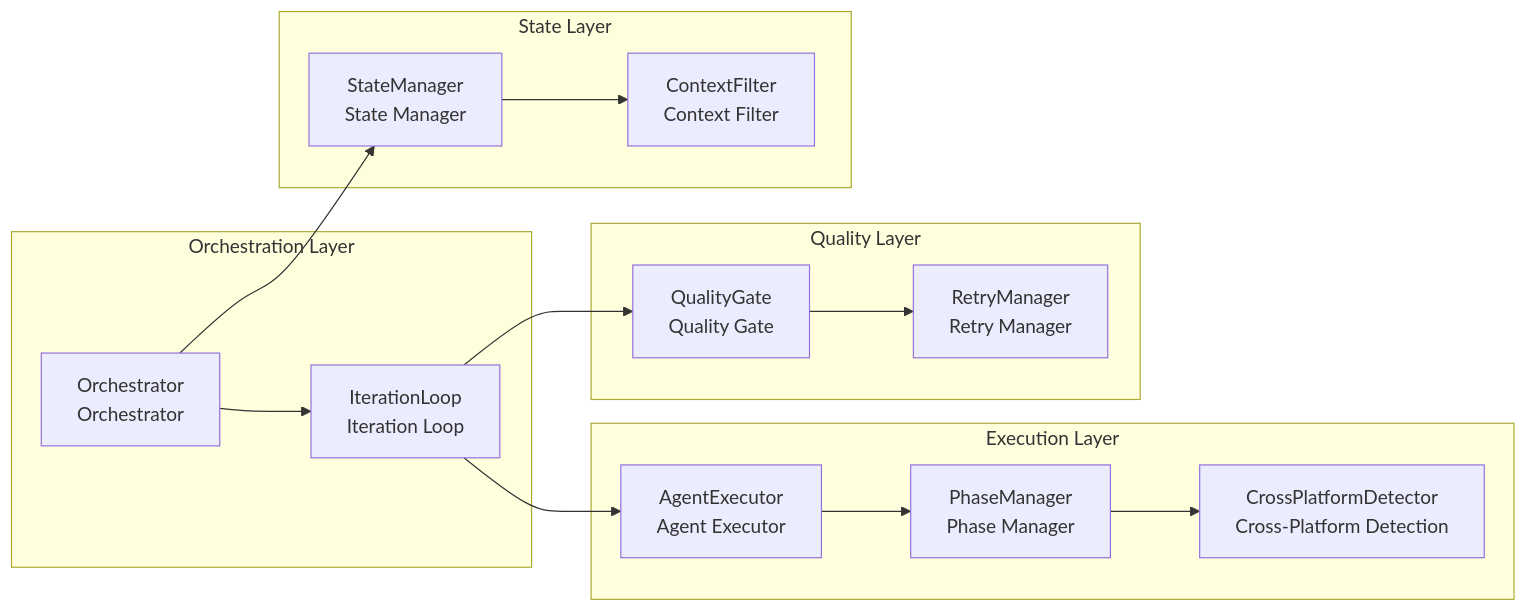
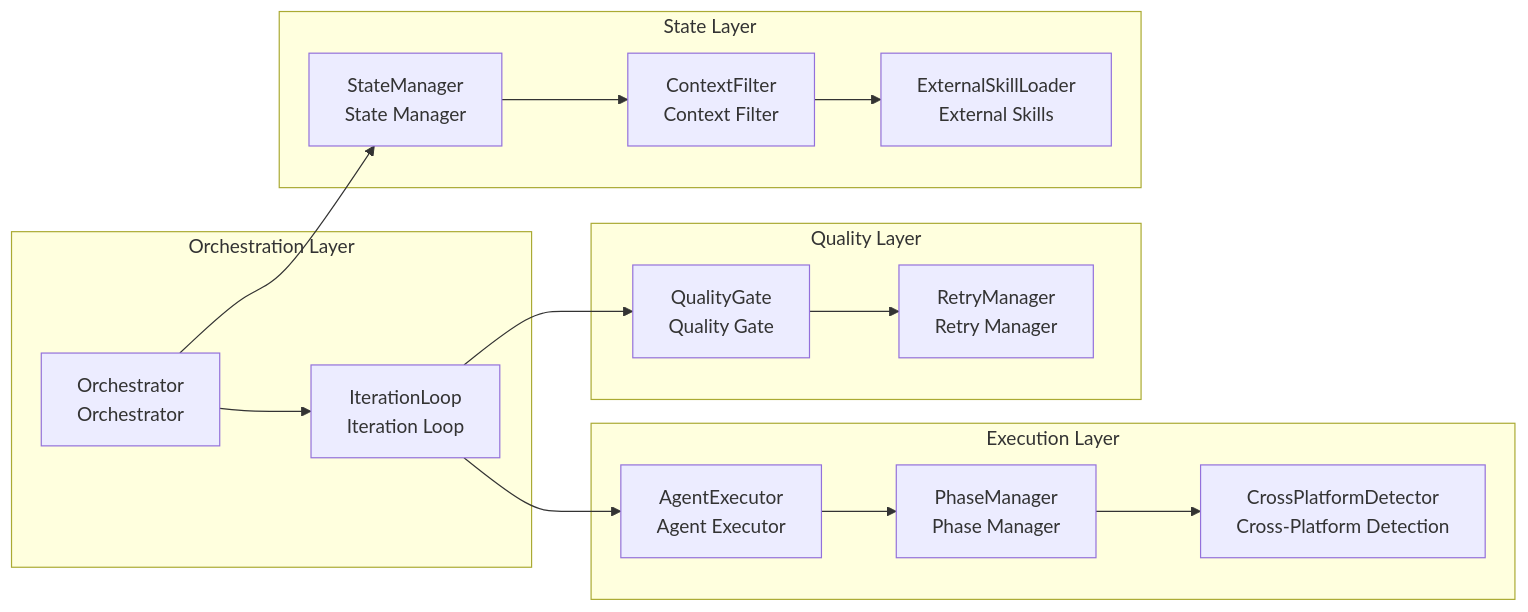
The second of 13 diagrams in docs/System-Architecture.md (Taoidle/plan-cascade), drawn with Mermaid before and after one commit. The commit also changed other lines of this file and 29 other files, not shown here.

First line of the commit message:
feat: add External Framework Skills and Design Document support

````diff
--- a/docs/System-Architecture.md
+++ b/docs/System-Architecture.md
@@ -76,32 +85,34 @@
 ```mermaid
 graph LR
     subgraph "Orchestration Layer"
         O[Orchestrator<br/>Orchestrator]
         IL[IterationLoop<br/>Iteration Loop]
     end
 
     subgraph "Execution Layer"
         AE[AgentExecutor<br/>Agent Executor]
         PM[PhaseManager<br/>Phase Manager]
         CPD[CrossPlatformDetector<br/>Cross-Platform Detection]
     end
 
     subgraph "Quality Layer"
         QG[QualityGate<br/>Quality Gate]
         RM[RetryManager<br/>Retry Manager]
     end
 
     subgraph "State Layer"
         SM[StateManager<br/>State Manager]
         CF[ContextFilter<br/>Context Filter]
+        ESL[ExternalSkillLoader<br/>External Skills]
     end
 
     O --> IL
     IL --> AE
     AE --> PM
     PM --> CPD
     IL --> QG
     QG --> RM
     O --> SM
     SM --> CF
+    CF --> ESL
 ```
````
